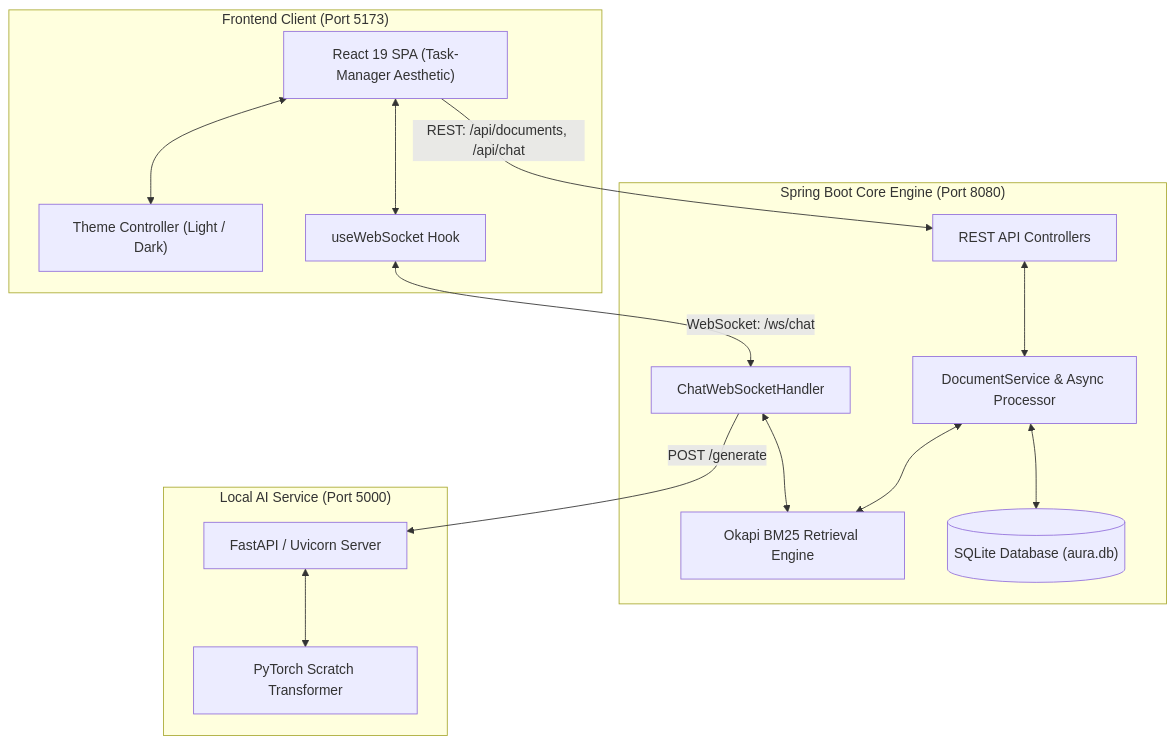
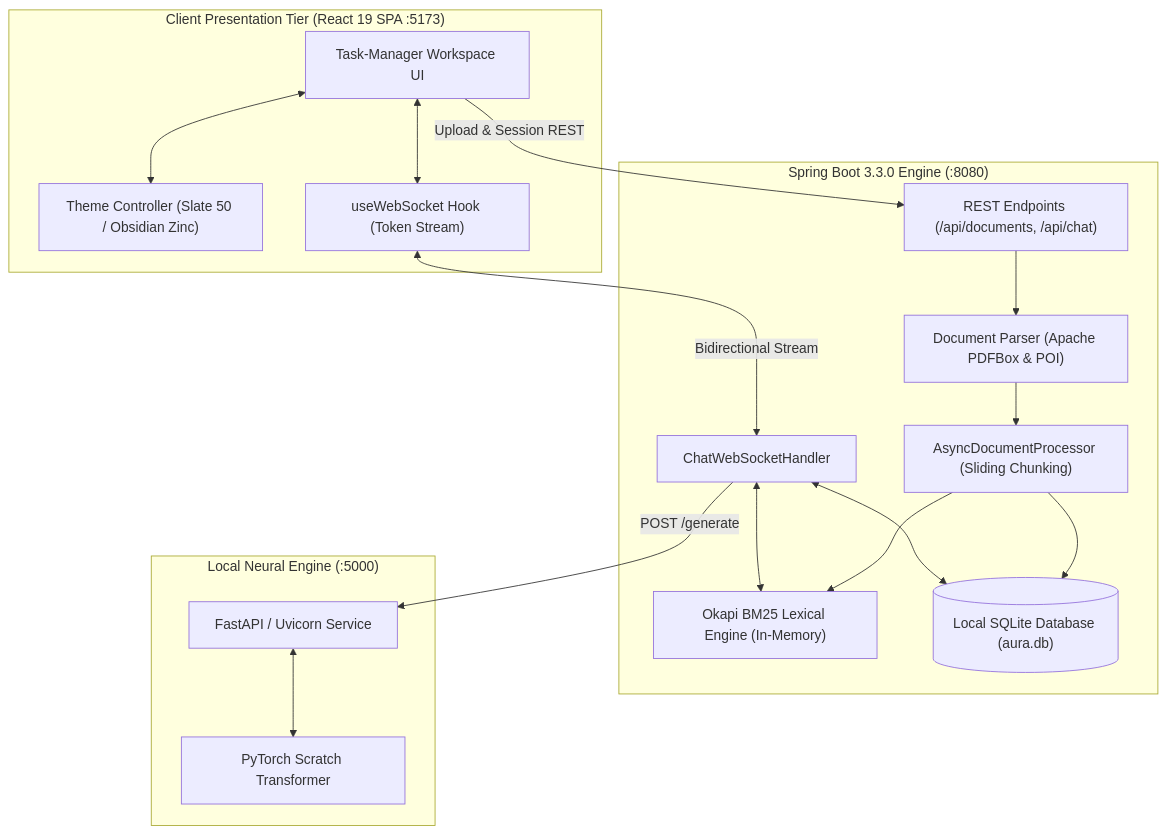
One commit to Tharun4743/TK-Vault changed the diagram in README.md. Above: the diagram before and after it, drawn with Mermaid. The commit also changed other lines of this file, not shown here.

````diff
--- a/README.md
+++ b/README.md
@@ -65,33 +65,36 @@
 ```mermaid
-graph TD
-    subgraph Client ["Frontend Client (Port 5173)"]
-        UI["React 19 SPA (Task-Manager Aesthetic)"]
-        Theme["Theme Controller (Light / Dark)"]
-        WS_Client["useWebSocket Hook"]
+flowchart TD
+    subgraph Client ["Client Presentation Tier (React 19 SPA :5173)"]
+        UI["Task-Manager Workspace UI"]
+        Theme["Theme Controller (Slate 50 / Obsidian Zinc)"]
+        WS_Hook["useWebSocket Hook (Token Stream)"]
         UI <--> Theme
-        UI <--> WS_Client
+        UI <--> WS_Hook
     end
 
-    subgraph Backend ["Spring Boot Core Engine (Port 8080)"]
-        Controller["REST API Controllers"]
+    subgraph Core ["Spring Boot 3.3.0 Engine (:8080)"]
+        REST["REST Endpoints (/api/documents, /api/chat)"]
         WS_Handler["ChatWebSocketHandler"]
-        DocService["DocumentService & Async Processor"]
-        BM25["Okapi BM25 Retrieval Engine"]
-        DB[("SQLite Database (aura.db)")]
+        Parser["Document Parser (Apache PDFBox & POI)"]
+        AsyncProc["AsyncDocumentProcessor (Sliding Chunking)"]
+        BM25["Okapi BM25 Lexical Engine (In-Memory)"]
+        DB[("Local SQLite Database (aura.db)")]
         
+        REST --> Parser
+        Parser --> AsyncProc
+        AsyncProc --> BM25
+        AsyncProc --> DB
         WS_Handler <--> BM25
-        DocService <--> BM25
-        DocService <--> DB
-        Controller <--> DocService
+        WS_Handler <--> DB
     end
 
-    subgraph AI ["Local AI Service (Port 5000)"]
-        FastAPI["FastAPI / Uvicorn Server"]
+    subgraph AI ["Local Neural Engine (:5000)"]
+        FastAPI["FastAPI / Uvicorn Service"]
         ScratchModel["PyTorch Scratch Transformer"]
         FastAPI <--> ScratchModel
     end
 
-    UI -->|"REST: /api/documents, /api/chat"| Controller
-    WS_Client <-->|"WebSocket: /ws/chat"| WS_Handler
+    UI -->|"Upload & Session REST"| REST
+    WS_Hook <-->|"Bidirectional Stream"| WS_Handler
     WS_Handler -->|"POST /generate"| FastAPI
 ```
````
